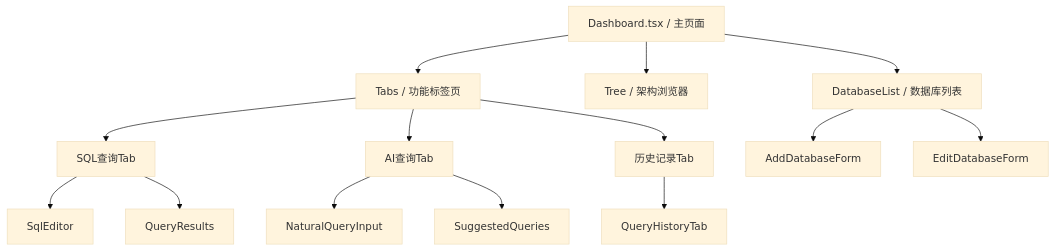
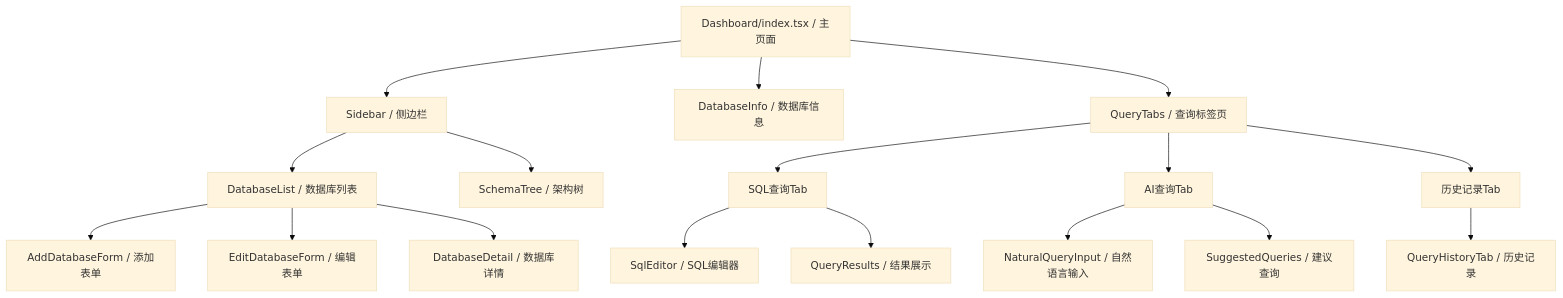
The fourth of 9 diagrams in project/db_query/README.md (kangapp/AI), drawn with Mermaid (base theme) before and after one commit. The commit also changed other lines of this file and 1 other file, not shown here.

````diff
--- a/project/db_query/README.md
+++ b/project/db_query/README.md
@@ -191,21 +213,25 @@
 ```mermaid
 graph TD
-    A[Dashboard.tsx / 主页面] --> B[DatabaseList / 数据库列表]
-    A --> C[Tree / 架构浏览器]
-    A --> D[Tabs / 功能标签页]
+    A[Dashboard/index.tsx / 主页面] --> B[Sidebar / 侧边栏]
+    A --> C[DatabaseInfo / 数据库信息]
+    A --> D[QueryTabs / 查询标签页]
 
-    D --> E[SQL查询Tab]
-    D --> F[AI查询Tab]
-    D --> G[历史记录Tab]
+    B --> E[DatabaseList / 数据库列表]
+    B --> F[SchemaTree / 架构树]
 
-    E --> H[SqlEditor]
-    E --> I[QueryResults]
+    D --> G[SQL查询Tab]
+    D --> H[AI查询Tab]
+    D --> I[历史记录Tab]
 
-    F --> J[NaturalQueryInput]
-    F --> K[SuggestedQueries]
+    G --> J[SqlEditor / SQL编辑器]
+    G --> K[QueryResults / 结果展示]
 
-    G --> L[QueryHistoryTab]
+    H --> L[NaturalQueryInput / 自然语言输入]
+    H --> M[SuggestedQueries / 建议查询]
 
-    B --> M[AddDatabaseForm]
-    B --> N[EditDatabaseForm]
+    I --> N[QueryHistoryTab / 历史记录]
+
+    E --> O[AddDatabaseForm / 添加表单]
+    E --> P[EditDatabaseForm / 编辑表单]
+    E --> Q[DatabaseDetail / 数据库详情]
 ```
````
